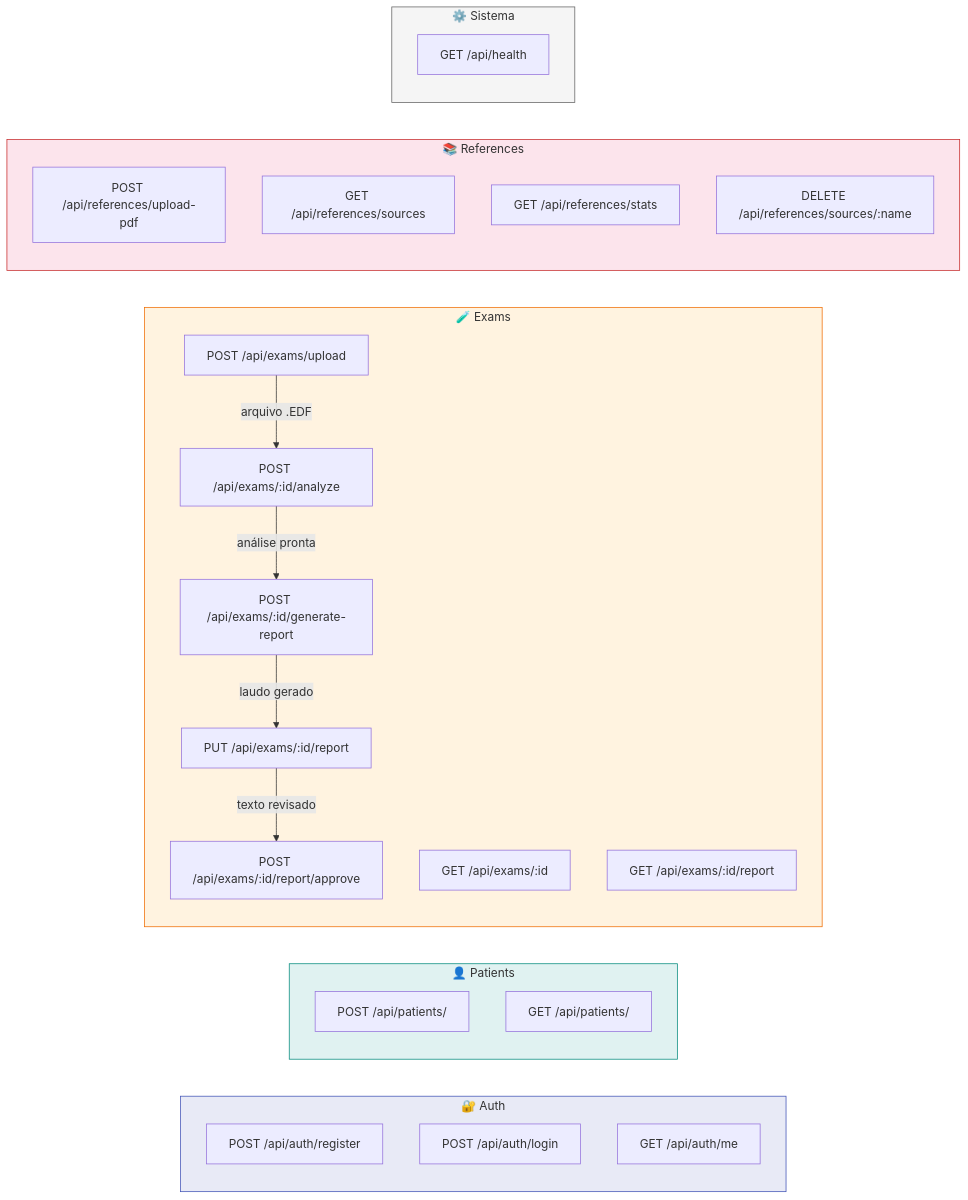
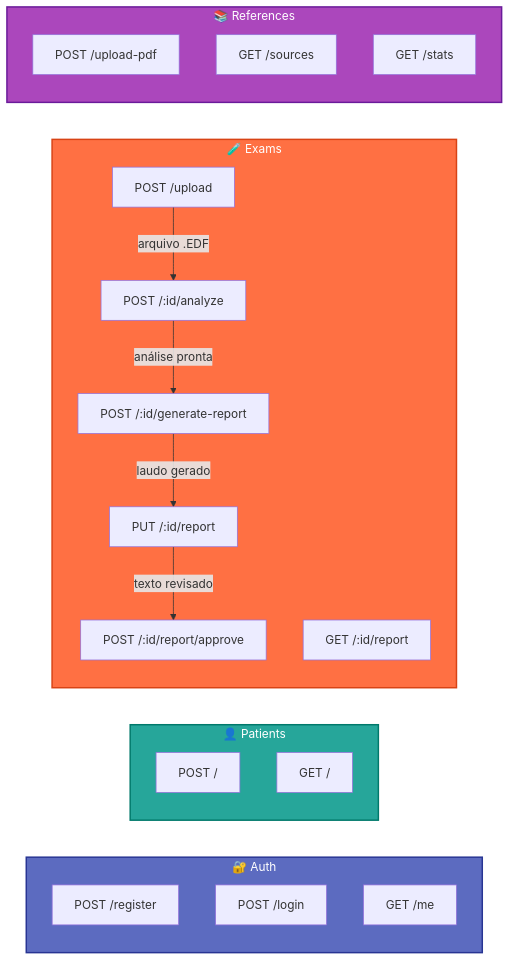
The eighth of 8 diagrams in README_C4.md (bife29/sistema_laudos), drawn with Mermaid before and after one commit. The commit also changed other lines of this file, not shown here.

Commit message:
docs: redesign README_C4 com diagramas modernos e visão para não-técnicos

````diff
--- a/README_C4.md
+++ b/README_C4.md
@@ -407,45 +460,38 @@
 ```mermaid
 flowchart LR
     subgraph AUTH ["🔐 Auth"]
-        POST_REG[POST /api/auth/register]
-        POST_LOG[POST /api/auth/login]
-        GET_ME[GET /api/auth/me]
+        POST_REG["POST /register"]
+        POST_LOG["POST /login"]
+        GET_ME["GET /me"]
     end
 
     subgraph PATIENTS ["👤 Patients"]
-        POST_PAT[POST /api/patients/]
-        GET_PATS[GET /api/patients/]
+        POST_PAT["POST /"]
+        GET_PATS["GET /"]
     end
 
     subgraph EXAMS ["🧪 Exams"]
-        POST_UP[POST /api/exams/upload]
-        POST_AN[POST /api/exams/:id/analyze]
-        POST_GEN[POST /api/exams/:id/generate-report]
-        GET_EX[GET /api/exams/:id]
-        GET_REP[GET /api/exams/:id/report]
-        PUT_REP[PUT /api/exams/:id/report]
-        POST_APR[POST /api/exams/:id/report/approve]
+        POST_UP["POST /upload"]
+        POST_AN["POST /:id/analyze"]
+        POST_GEN["POST /:id/generate-report"]
+        GET_REP["GET /:id/report"]
+        PUT_REP["PUT /:id/report"]
+        POST_APR["POST /:id/report/approve"]
     end
 
     subgraph REFS ["📚 References"]
-        POST_PDF[POST /api/references/upload-pdf]
-        GET_SRC[GET /api/references/sources]
-        GET_STAT[GET /api/references/stats]
-        DEL_SRC[DELETE /api/references/sources/:name]
+        POST_PDF["POST /upload-pdf"]
+        GET_SRC["GET /sources"]
+        GET_STAT["GET /stats"]
     end
 
-    subgraph SYS ["⚙️ Sistema"]
-        GET_HP[GET /api/health]
-    end
+    POST_UP -->|"arquivo .EDF"| POST_AN
+    POST_AN -->|"análise pronta"| POST_GEN
+    POST_GEN -->|"laudo gerado"| PUT_REP
+    PUT_REP -->|"texto revisado"| POST_APR
 
-    POST_UP -->|arquivo .EDF| POST_AN
-    POST_AN -->|análise pronta| POST_GEN
-    POST_GEN -->|laudo gerado| PUT_REP
-    PUT_REP -->|texto revisado| POST_APR
-
-    style AUTH fill:#e8eaf6,stroke:#3f51b5
-    style PATIENTS fill:#e0f2f1,stroke:#00897b
-    style EXAMS fill:#fff3e0,stroke:#ef6c00
-    style REFS fill:#fce4ec,stroke:#c62828
-    style SYS fill:#f5f5f5,stroke:#616161
+    style AUTH fill:#5c6bc0,stroke:#283593,stroke-width:2px,color:#ffffff
+    style PATIENTS fill:#26a69a,stroke:#00796b,stroke-width:2px,color:#ffffff
+    style EXAMS fill:#ff7043,stroke:#d84315,stroke-width:2px,color:#ffffff
+    style REFS fill:#ab47bc,stroke:#6a1b9a,stroke-width:2px,color:#ffffff
 ```
````
